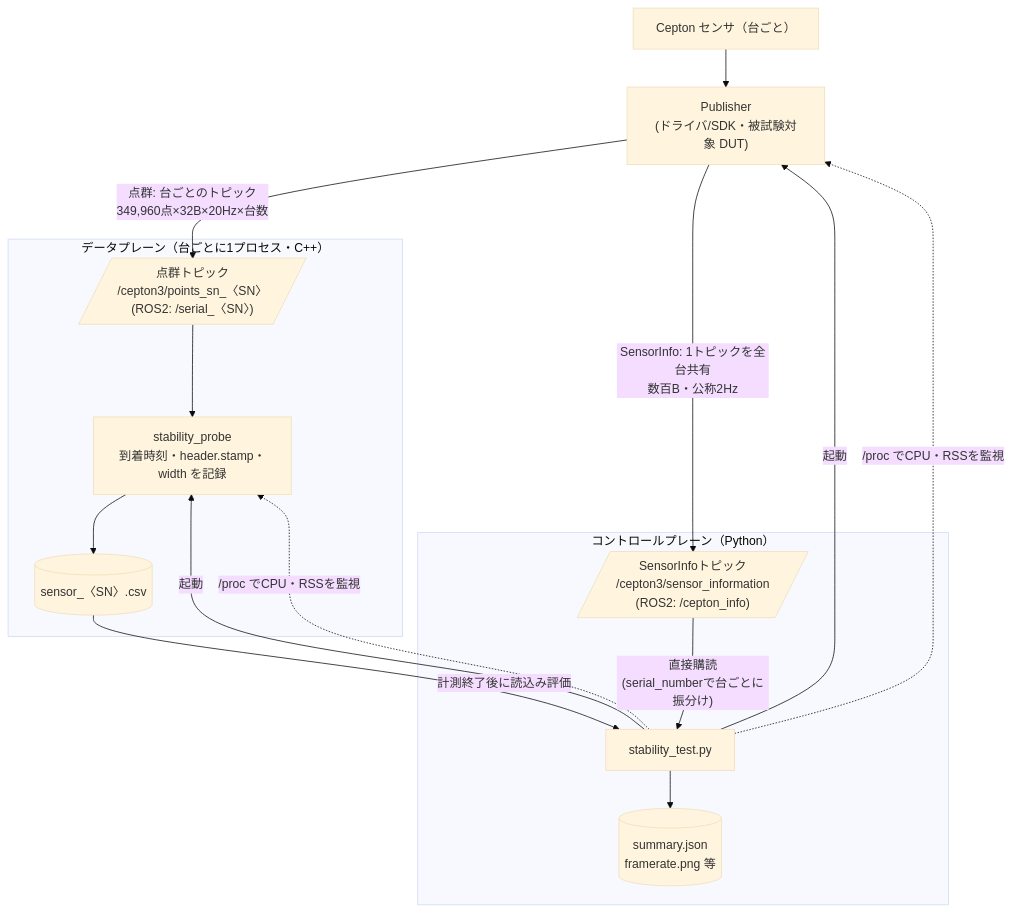
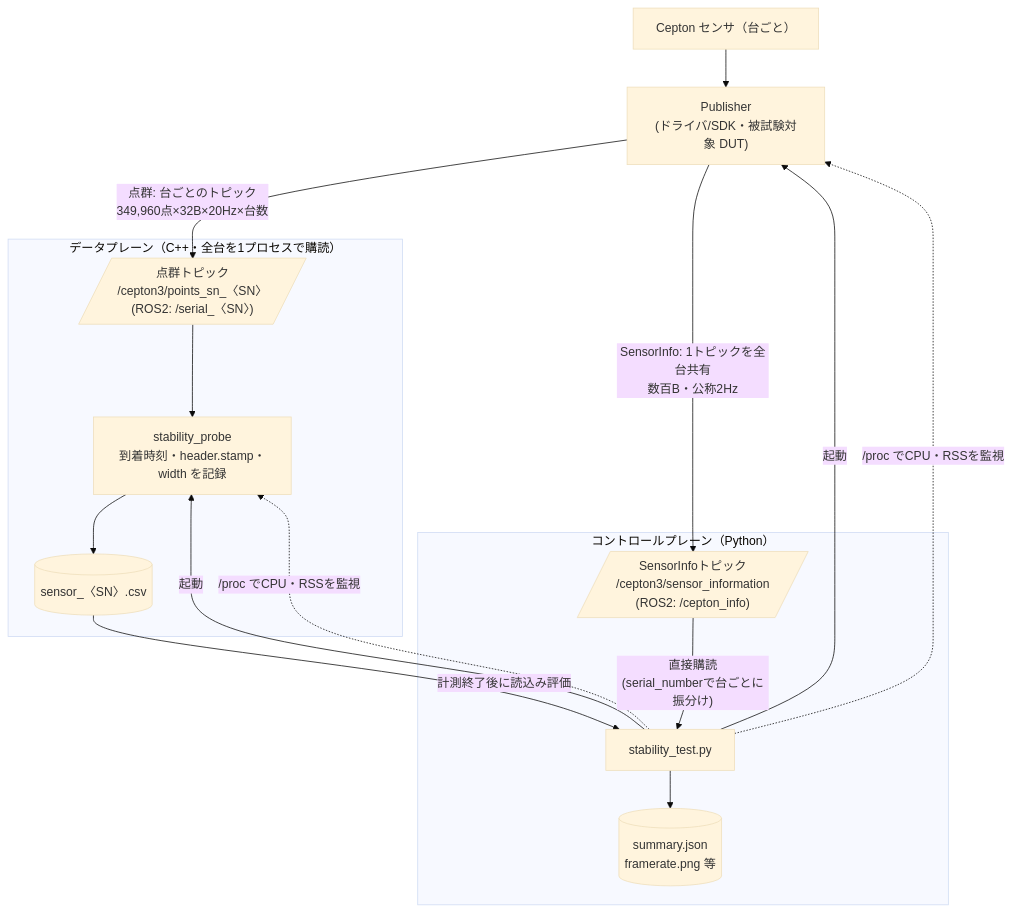
The diagram in scripts/stability_test/README_ja.md (ceptontech/ros), drawn with Mermaid (base theme) before and after one commit. The commit also changed other lines of this file and 2 other files, not shown here.

````diff
--- a/scripts/stability_test/README_ja.md
+++ b/scripts/stability_test/README_ja.md
@@ -11,23 +254,23 @@
 ```mermaid
 flowchart TB
     SENSOR["Cepton センサ（台ごと）"] --> PUB["Publisher<br/>(ドライバ/SDK・被試験対象 DUT)"]
 
     PUB -- "点群: 台ごとのトピック<br/>349,960点×32B×20Hz×台数" --> DPIN[/"点群トピック<br/>/cepton3/points_sn_〈SN〉<br/>(ROS2: /serial_〈SN〉)"/]
     PUB -- "SensorInfo: 1トピックを全台共有<br/>数百B・公称2Hz" --> CPIN[/"SensorInfoトピック<br/>/cepton3/sensor_information<br/>(ROS2: /cepton_info)"/]
 
-    subgraph DP["データプレーン（台ごとに1プロセス・C++）"]
+    subgraph DP["データプレーン（C++・全台を1プロセスで購読）"]
         DPIN --> PR["stability_probe<br/>到着時刻・header.stamp・width を記録"]
         PR --> CSV[("sensor_〈SN〉.csv")]
     end
 
     subgraph CP["コントロールプレーン（Python）"]
         CPIN -- "直接購読<br/>(serial_numberで台ごとに振分け)" --> ST["stability_test.py"]
         ST --> REPORT[("summary.json<br/>framerate.png 等")]
     end
 
     ST -- "起動" --> PUB
     ST -- "起動" --> PR
     ST -. "/proc でCPU・RSSを監視" .-> PUB
     ST -. "/proc でCPU・RSSを監視" .-> PR
     CSV -- "計測終了後に読込み評価" --> ST
 ```
````
